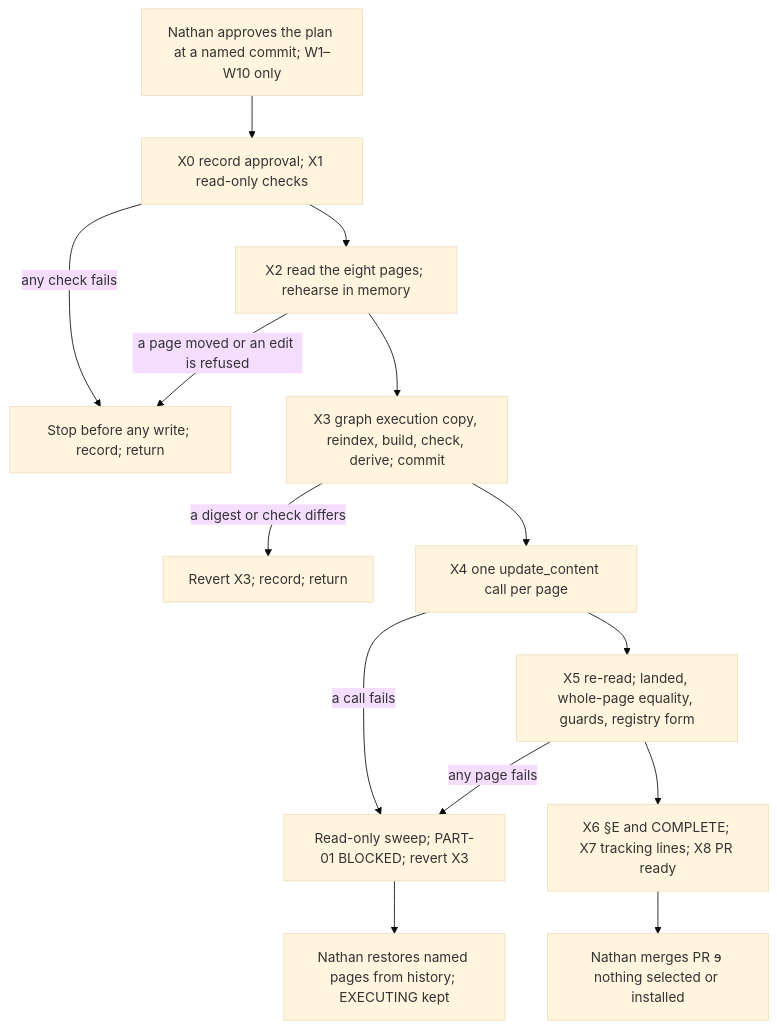
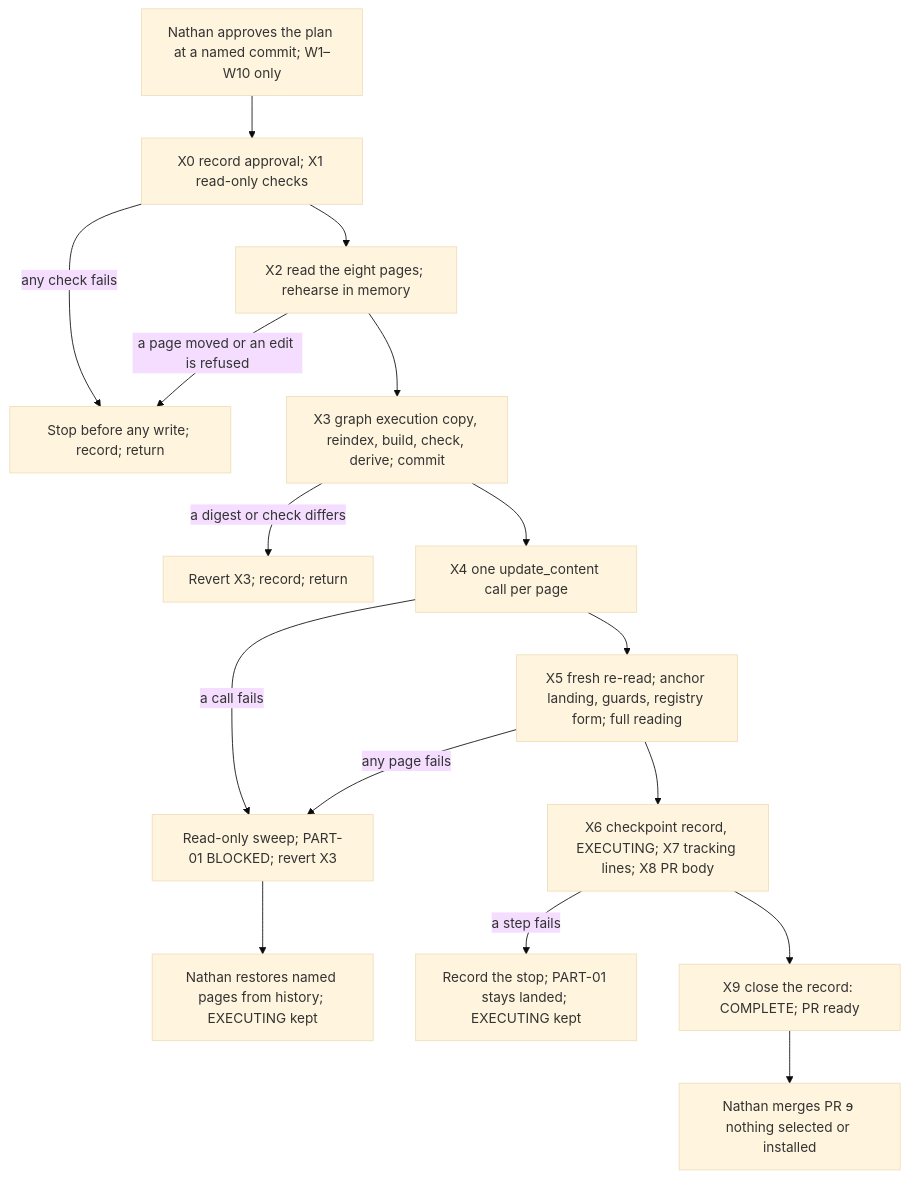
One commit to amthorn78/glow-hdengine-v2 changed the diagram in docs/ephemeral/modifications/evidence/20261010-gcfpe-candidate-skill-analysis/PLAN-SUCCESSOR-2-20261011.md. Above: the diagram before and after it, drawn with Mermaid (base theme). The commit also changed other lines of this file and 5 other files, not shown here.

````diff
--- a/docs/ephemeral/modifications/evidence/20261010-gcfpe-candidate-skill-analysis/PLAN-SUCCESSOR-2-20261011.md
+++ b/docs/ephemeral/modifications/evidence/20261010-gcfpe-candidate-skill-analysis/PLAN-SUCCESSOR-2-20261011.md
@@ -166,16 +171,18 @@
 ```mermaid
 flowchart TD
   A["Nathan approves the plan at a named commit; W1–W10 only"] --> B["X0 record approval; X1 read-only checks"]
   B -->|any check fails| S0["Stop before any write; record; return"]
   B --> C["X2 read the eight pages; rehearse in memory"]
   C -->|a page moved or an edit is refused| S0
   C --> D["X3 graph execution copy, reindex, build, check, derive; commit"]
   D -->|a digest or check differs| S1["Revert X3; record; return"]
   D --> E["X4 one update_content call per page"]
   E -->|a call fails| F["Read-only sweep; PART-01 BLOCKED; revert X3"]
-  E --> G["X5 re-read; landed, whole-page equality, guards, registry form"]
+  E --> G["X5 fresh re-read; anchor landing, guards, registry form; full reading"]
   G -->|any page fails| F
   F --> H["Nathan restores named pages from history; EXECUTING kept"]
-  G --> I["X6 §E and COMPLETE; X7 tracking lines; X8 PR ready"]
-  I --> J["Nathan merges PR #600; nothing selected or installed"]
+  G --> I["X6 checkpoint record, EXECUTING; X7 tracking lines; X8 PR body"]
+  I -->|a step fails| K["Record the stop; PART-01 stays landed; EXECUTING kept"]
+  I --> L["X9 close the record: COMPLETE; PR ready"]
+  L --> J["Nathan merges PR #600; nothing selected or installed"]
 ```
````
